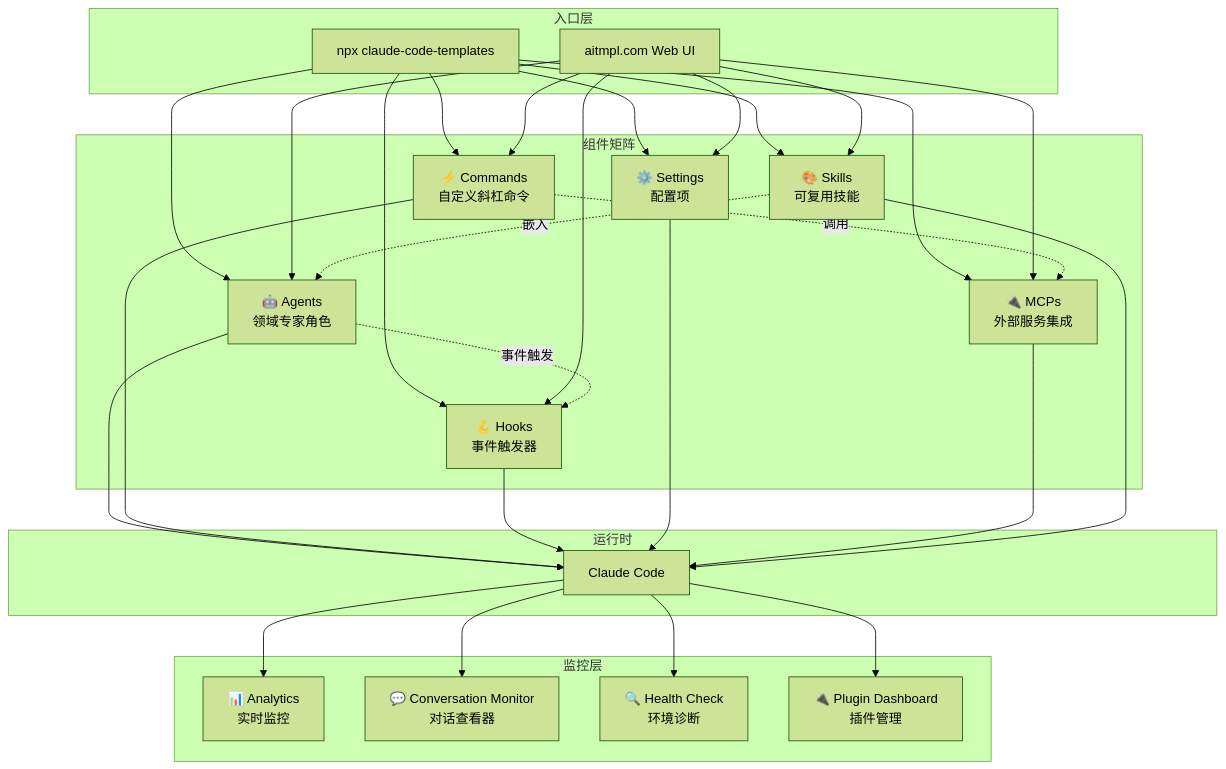
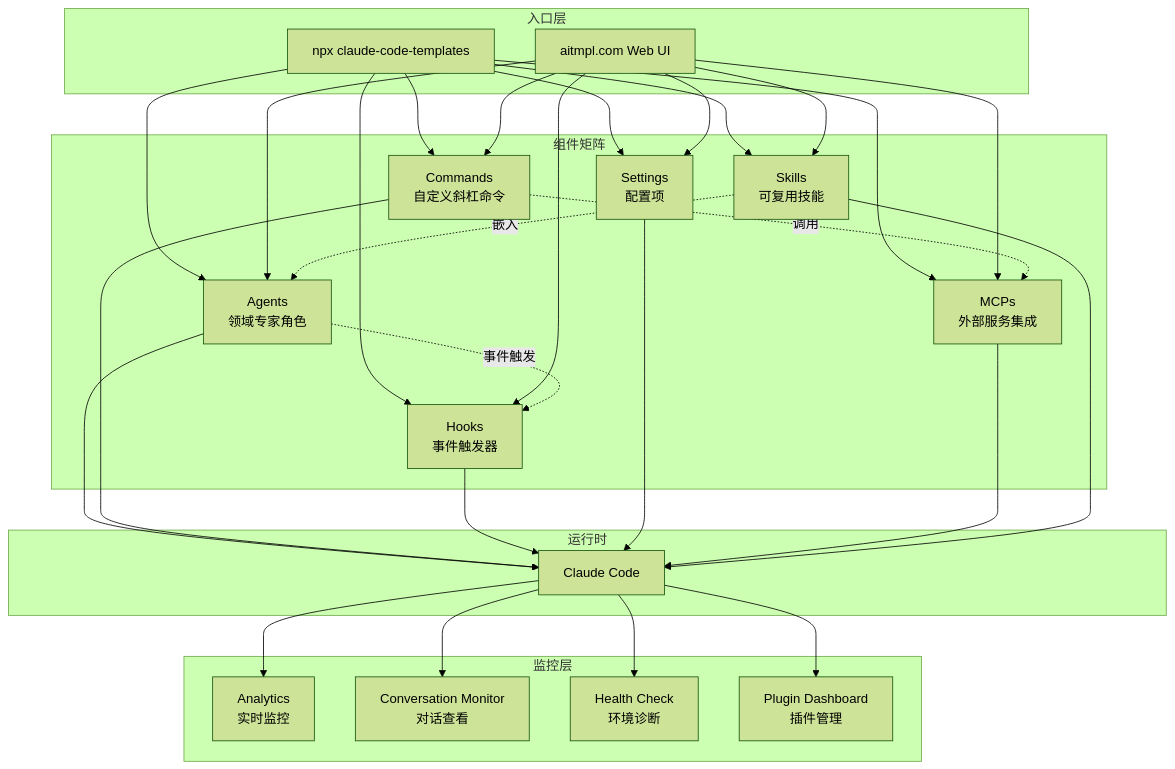
One commit to A1pha3/text-matrix changed the diagram in content/posts/tech/claude-code-templates-configuration-guide.md. Above: the diagram before and after it, drawn with Mermaid (forest theme). The commit also changed other lines of this file and 12 other files, not shown here.

````diff
--- a/content/posts/tech/claude-code-templates-configuration-guide.md
+++ b/content/posts/tech/claude-code-templates-configuration-guide.md
@@ -23,56 +23,56 @@
 ```mermaid
 flowchart TB
  subgraph 入口层
  CLI["npx claude-code-templates"] 
  WebUI["aitmpl.com Web UI"]
  end
 
  subgraph 组件矩阵
- Agents["🤖 Agents<br/>领域专家角色"]
- Commands["⚡ Commands<br/>自定义斜杠命令"]
- Hooks["🪝 Hooks<br/>事件触发器"]
- Settings["⚙️ Settings<br/>配置项"]
- MCPs["🔌 MCPs<br/>外部服务集成"]
- Skills["🎨 Skills<br/>可复用技能"]
+ Agents["Agents<br/>领域专家角色"]
+ Commands["Commands<br/>自定义斜杠命令"]
+ Hooks["Hooks<br/>事件触发器"]
+ Settings["Settings<br/>配置项"]
+ MCPs["MCPs<br/>外部服务集成"]
+ Skills["Skills<br/>可复用技能"]
  end
 
  subgraph 运行时
  CC["Claude Code"]
  end
 
  subgraph 监控层
- Analytics["📊 Analytics<br/>实时监控"]
- ConvMonitor["💬 Conversation Monitor<br/>对话查看器"]
- HealthCheck["🔍 Health Check<br/>环境诊断"]
- Plugins["🔌 Plugin Dashboard<br/>插件管理"]
+ Analytics["Analytics<br/>实时监控"]
+ ConvMonitor["Conversation Monitor<br/>对话查看"]
+ HealthCheck["Health Check<br/>环境诊断"]
+ Plugins["Plugin Dashboard<br/>插件管理"]
  end
 
  CLI --> Agents
  CLI --> Commands
  CLI --> Hooks
  CLI --> Settings
  CLI --> MCPs
  CLI --> Skills
  WebUI --> Agents
  WebUI --> Commands
  WebUI --> Hooks
  WebUI --> Settings
  WebUI --> MCPs
  WebUI --> Skills
 
  Agents --> CC
  Commands --> CC
  Hooks --> CC
  Settings --> CC
  MCPs --> CC
  Skills --> CC
 
  CC --> Analytics
  CC --> ConvMonitor
  CC --> HealthCheck
  CC --> Plugins
 
  Agents -.->|事件触发| Hooks
  Commands -.->|调用| MCPs
  Skills -.->|嵌入| Agents
 ```
````
